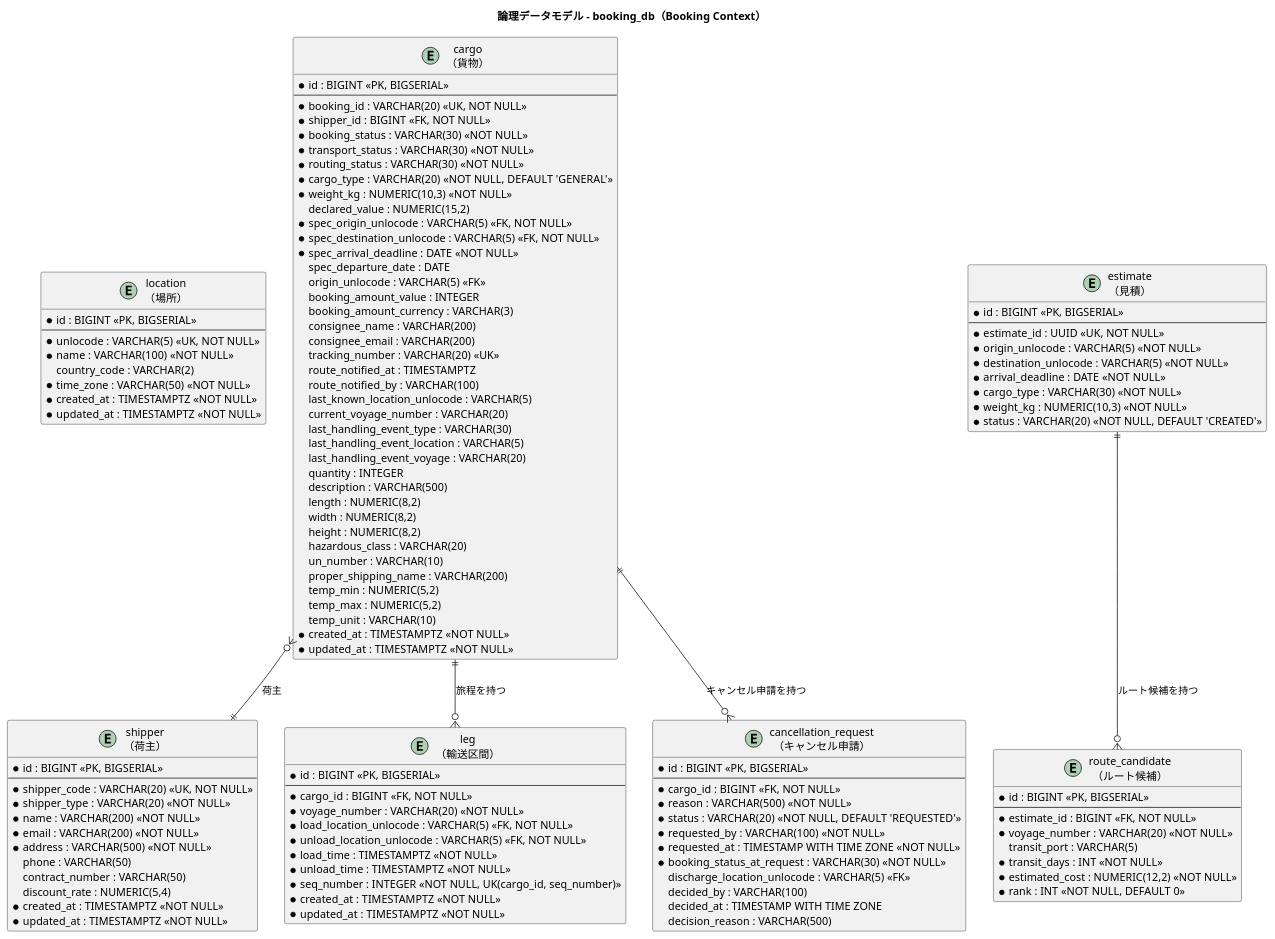
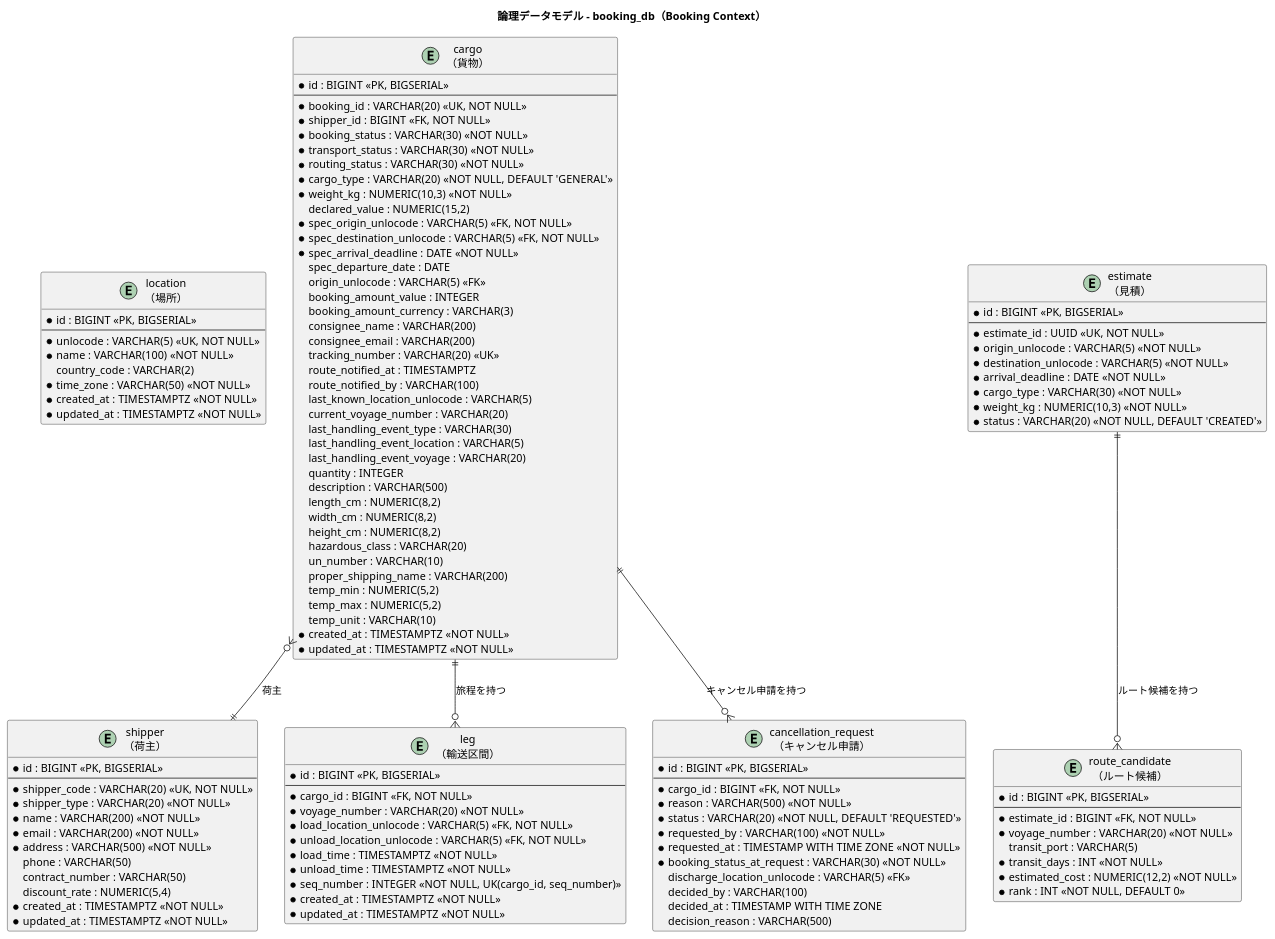
One commit to k2works/case-study-cargo-tracker changed the third of 7 diagrams in docs/design/data-model.md. Above: the diagram before and after it, drawn with PlantUML. The commit also changed other lines of this file and 2 other files, not shown here.

First line of the commit message:
test(schema): 設計と実スキーマのずれを検査に落とす

```diff
--- a/docs/design/data-model.md
+++ b/docs/design/data-model.md
@@ -438,9 +440,9 @@
   last_handling_event_voyage : VARCHAR(20)
   quantity : INTEGER
   description : VARCHAR(500)
-  length : NUMERIC(8,2)
-  width : NUMERIC(8,2)
-  height : NUMERIC(8,2)
+  length_cm : NUMERIC(8,2)
+  width_cm : NUMERIC(8,2)
+  height_cm : NUMERIC(8,2)
   hazardous_class : VARCHAR(20)
   un_number : VARCHAR(10)
   proper_shipping_name : VARCHAR(200)
```
